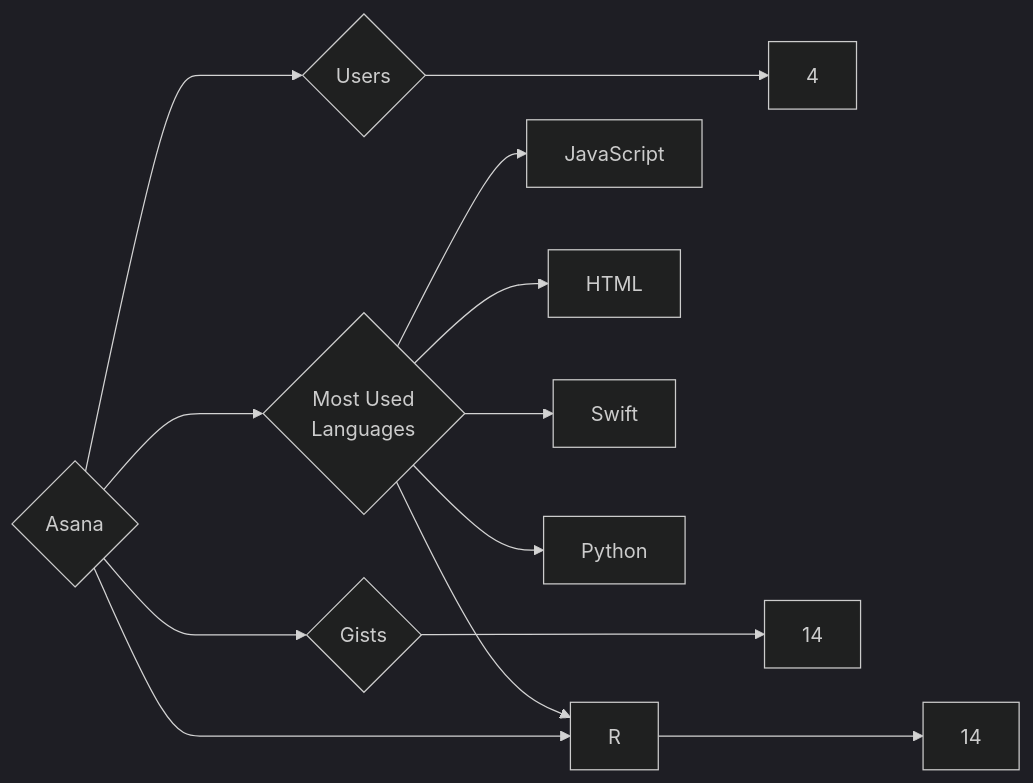
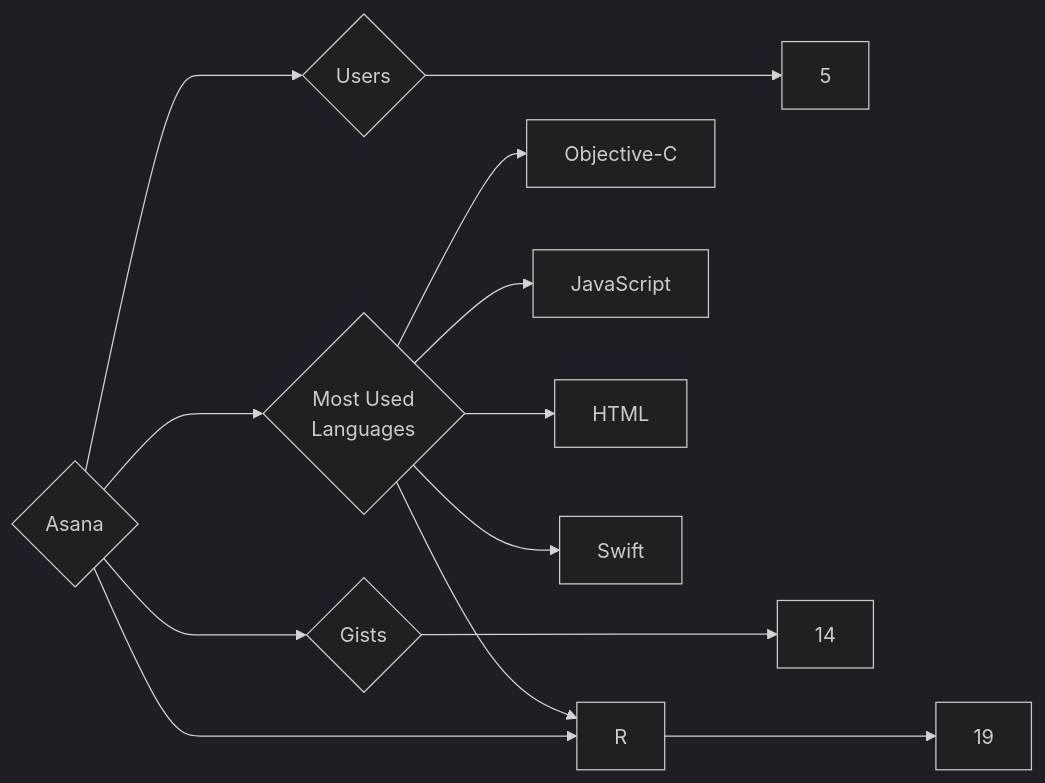
The diagram in targets/Asana/README.md (trickest/insiders), drawn with Mermaid (dark theme) before and after one commit. The commit also changed 912 other files, not shown here.

````diff
--- a/targets/Asana/README.md
+++ b/targets/Asana/README.md
@@ -3,13 +3,13 @@
 ```mermaid
 graph LR
 COMPANY_NAME{Asana}
-COMPANY_NAME ---> U{Users} ---> UN[4]
-COMPANY_NAME ---> R{Repositories} ---> RN[14]
+COMPANY_NAME ---> U{Users} ---> UN[5]
+COMPANY_NAME ---> R{Repositories} ---> RN[19]
 COMPANY_NAME ---> G{Gists} ---> GN[14]
 COMPANY_NAME ---> ML{Most Used<br>Languages}
+ML --> Objective-C[Objective-C]
 ML --> JavaScript[JavaScript]
 ML --> HTML[HTML]
 ML --> Swift[Swift]
 ML --> R[R]
-ML --> Python[Python]
 ```
````
